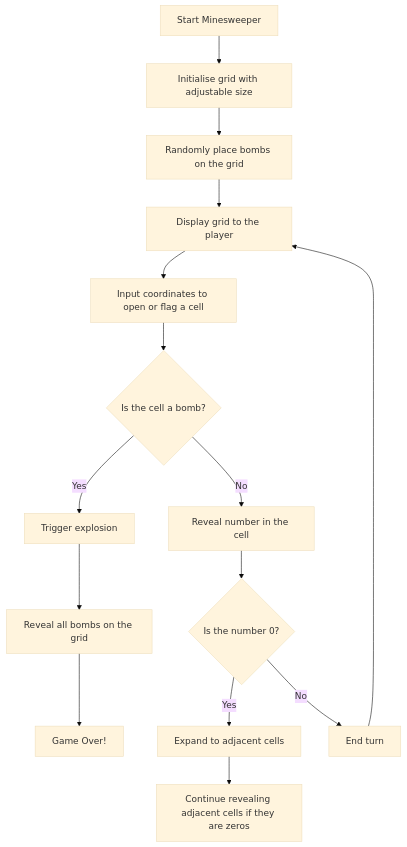
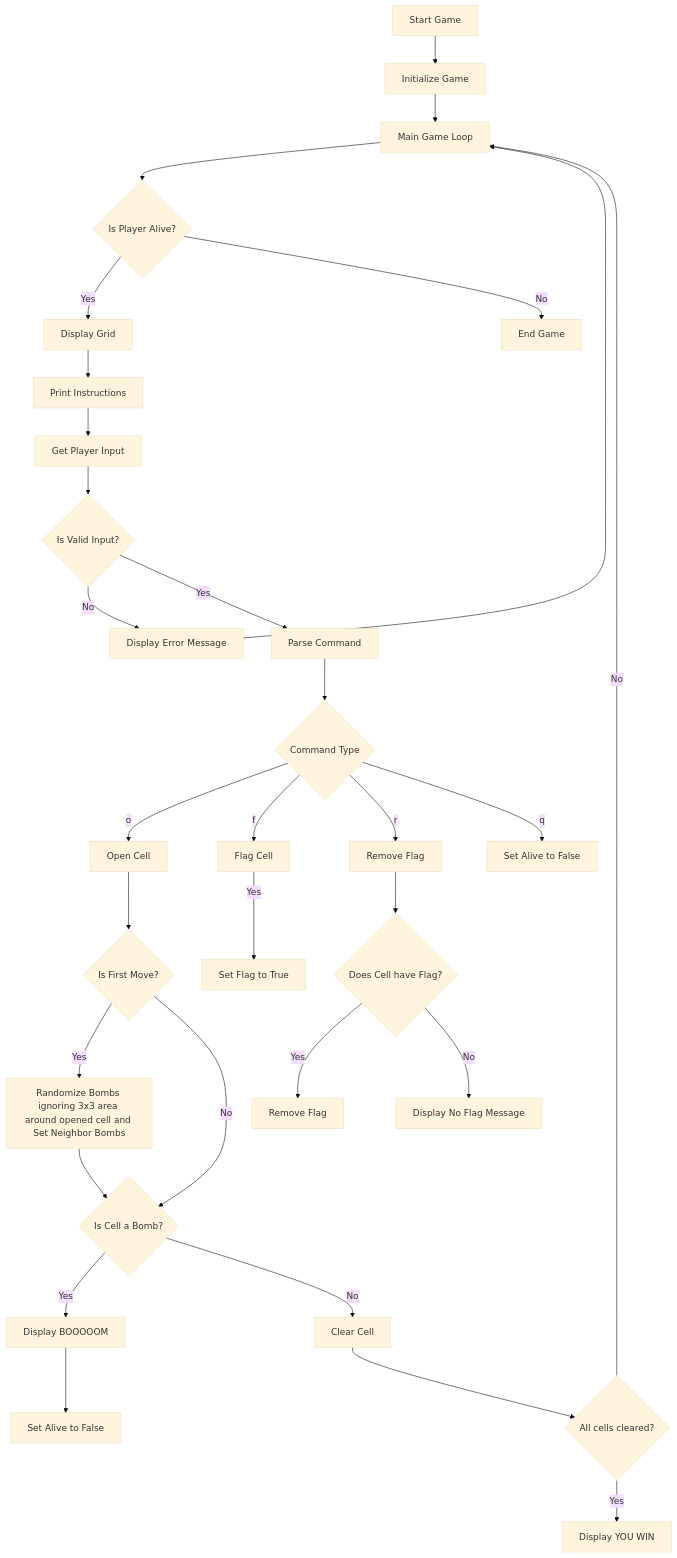
One commit to WhatCanICallMySelf/spill-it2 changed the first of 2 diagrams in README.md. Above: the diagram before and after it, drawn with Mermaid (base theme). The commit also changed other lines of this file, not shown here.

````diff
--- a/README.md
+++ b/README.md
@@ -13,21 +8,40 @@
 ```mermaid
-flowchart TD
-    A[Start Minesweeper] --> B[Initialise grid with adjustable size]
-    B --> C[Randomly place bombs on the grid]
-    C --> D[Display grid to the player]
-    D --> E[Input coordinates to open or flag a cell]
-    
-    E --> F{Is the cell a bomb?}
-    F -- Yes --> G[Trigger explosion]
-    G --> H[Reveal all bombs on the grid]
-    H --> I[Game Over!]
-    
-    F -- No --> J[Reveal number in the cell]
-    J --> K{Is the number 0?}
-    
-    K -- Yes --> L[Expand to adjacent cells]
-    K -- No --> M[End turn]
-
-    L --> N[Continue revealing adjacent cells if they are zeros]
-    M --> D
+ flowchart TD
+    A[Start Game] --> B[Initialize Game]
+        B --> C[Main Game Loop]
+        C --> D{Is Player Alive?}
+        D -- Yes --> E[Display Grid]
+        E --> F[Print Instructions]
+        F --> G[Get Player Input]
+        G --> H{Is Valid Input?}
+        H -- No --> I[Display Error Message]
+        I --> C
+        H -- Yes --> J[Parse Command]
+        J --> K{Command Type}
+        
+        K -- o --> L[Open Cell]
+        L --> M{Is First Move?}
+        M -- Yes --> N[Randomize Bombs ignoring 3x3 area around opened cell and Set Neighbor Bombs]
+        N --> O
+        M -- No --> O{Is Cell a Bomb?}
+        
+        O -- Yes --> P[Display BOOOOOM]
+        P --> Q[Set Alive to False]
+        O -- No --> R[Clear Cell]
+        
+        R --> S{All cells cleared?}
+        S -- Yes --> T[Display YOU WIN]
+        S -- No --> C
+        
+        K -- f --> U[Flag Cell]
+        U -- Yes --> V[Set Flag to True]
+        
+        K -- r --> Y[Remove Flag]
+        Y --> Z{Does Cell have Flag?}
+        Z -- Yes --> AA[Remove Flag]
+        Z -- No --> AB[Display No Flag Message]
+        
+        K -- q --> AC[Set Alive to False]
+        
+        D -- No --> AD[End Game]
 ```
````
